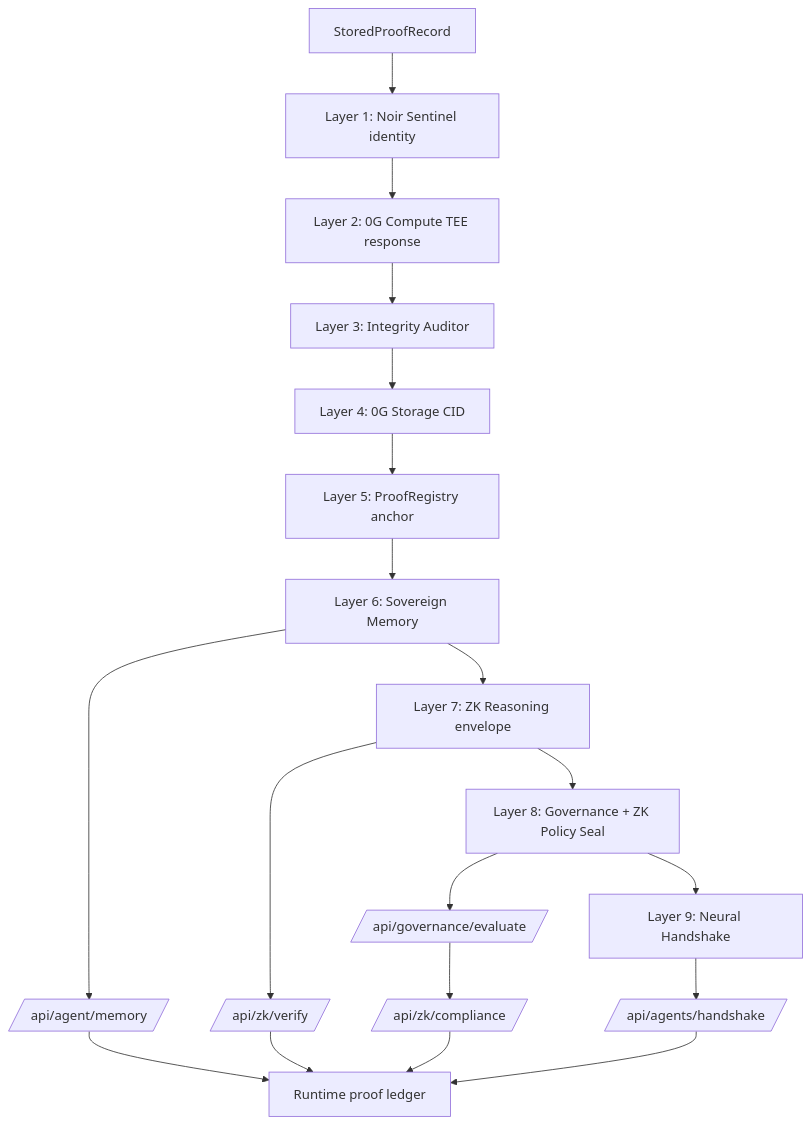
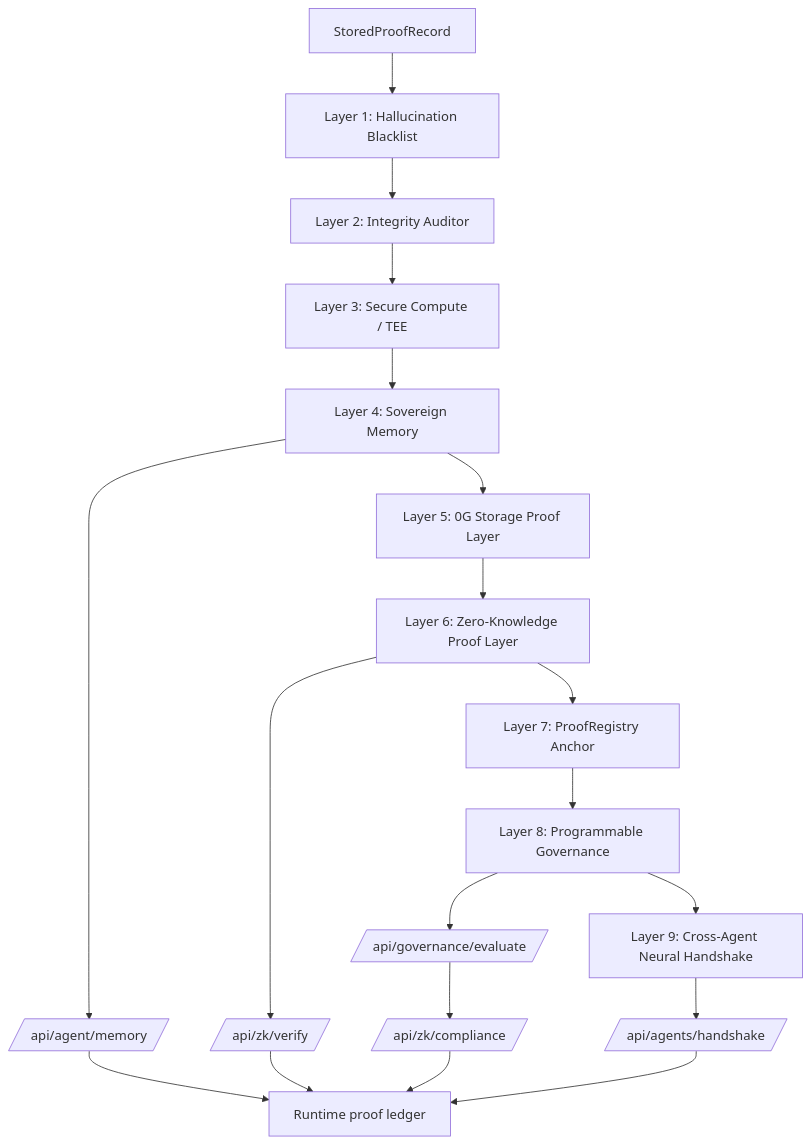
Before and after one commit to clawhubs/yieldboost: the second of 8 diagrams in README.md, drawn with Mermaid. The commit also changed other lines of this file and 13 other files, not shown here.

````diff
--- a/README.md
+++ b/README.md
@@ -316,23 +316,23 @@
 ```mermaid
 flowchart TD
-    PROOF[StoredProofRecord] --> L1[Layer 1: Noir Sentinel identity]
-    L1 --> L2[Layer 2: 0G Compute TEE response]
-    L2 --> L3[Layer 3: Integrity Auditor]
-    L3 --> L4[Layer 4: 0G Storage CID]
-    L4 --> L5[Layer 5: ProofRegistry anchor]
-    L5 --> L6[Layer 6: Sovereign Memory]
-    L6 --> L7[Layer 7: ZK Reasoning envelope]
-    L7 --> L8[Layer 8: Governance + ZK Policy Seal]
-    L8 --> L9[Layer 9: Neural Handshake]
+    PROOF[StoredProofRecord] --> L1[Layer 1: Hallucination Blacklist]
+    L1 --> L2[Layer 2: Integrity Auditor]
+    L2 --> L3[Layer 3: Secure Compute / TEE]
+    L3 --> L4[Layer 4: Sovereign Memory]
+    L4 --> L5[Layer 5: 0G Storage Proof Layer]
+    L5 --> L6[Layer 6: Zero-Knowledge Proof Layer]
+    L6 --> L7[Layer 7: ProofRegistry Anchor]
+    L7 --> L8[Layer 8: Programmable Governance]
+    L8 --> L9[Layer 9: Cross-Agent Neural Handshake]
 
-    L6 --> MEMORY[/api/agent/memory/]
-    L7 --> ZKR[/api/zk/verify/]
+    L4 --> MEMORY[/api/agent/memory/]
+    L6 --> ZKR[/api/zk/verify/]
     L8 --> GOV[/api/governance/evaluate/]
     GOV --> ZKCOMP[/api/zk/compliance/]
     L9 --> HANDSHAKE[/api/agents/handshake/]
 
     MEMORY --> RUNTIME[Runtime proof ledger]
     ZKR --> RUNTIME
     ZKCOMP --> RUNTIME
     HANDSHAKE --> RUNTIME
 ```
````
